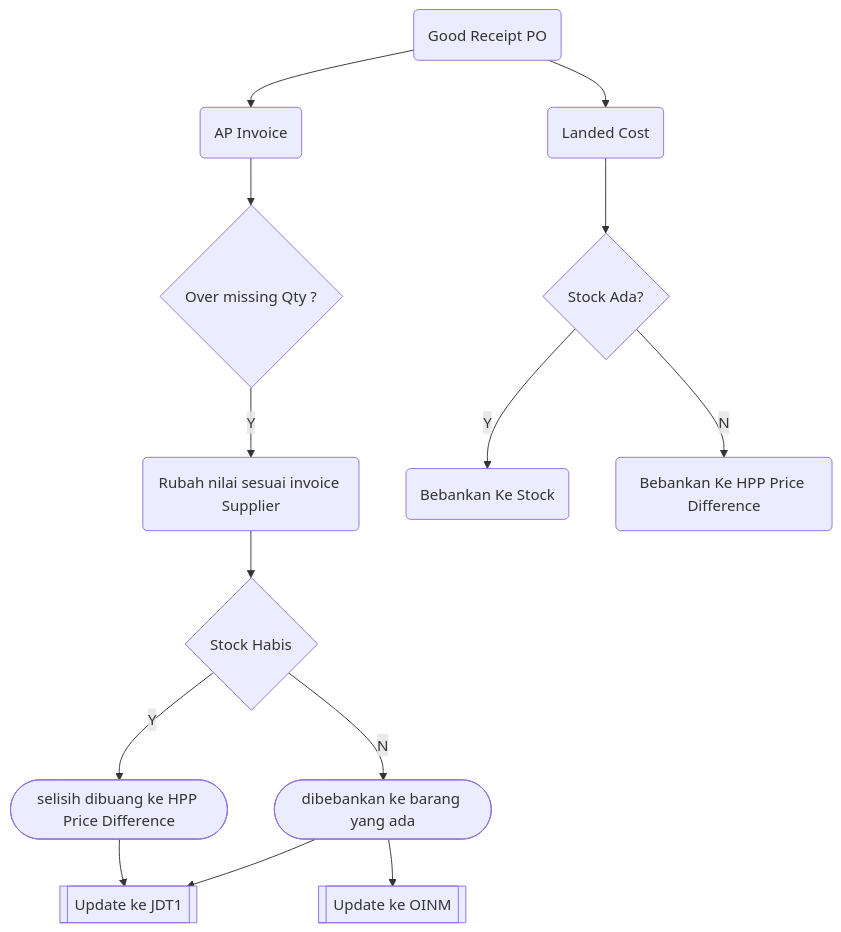
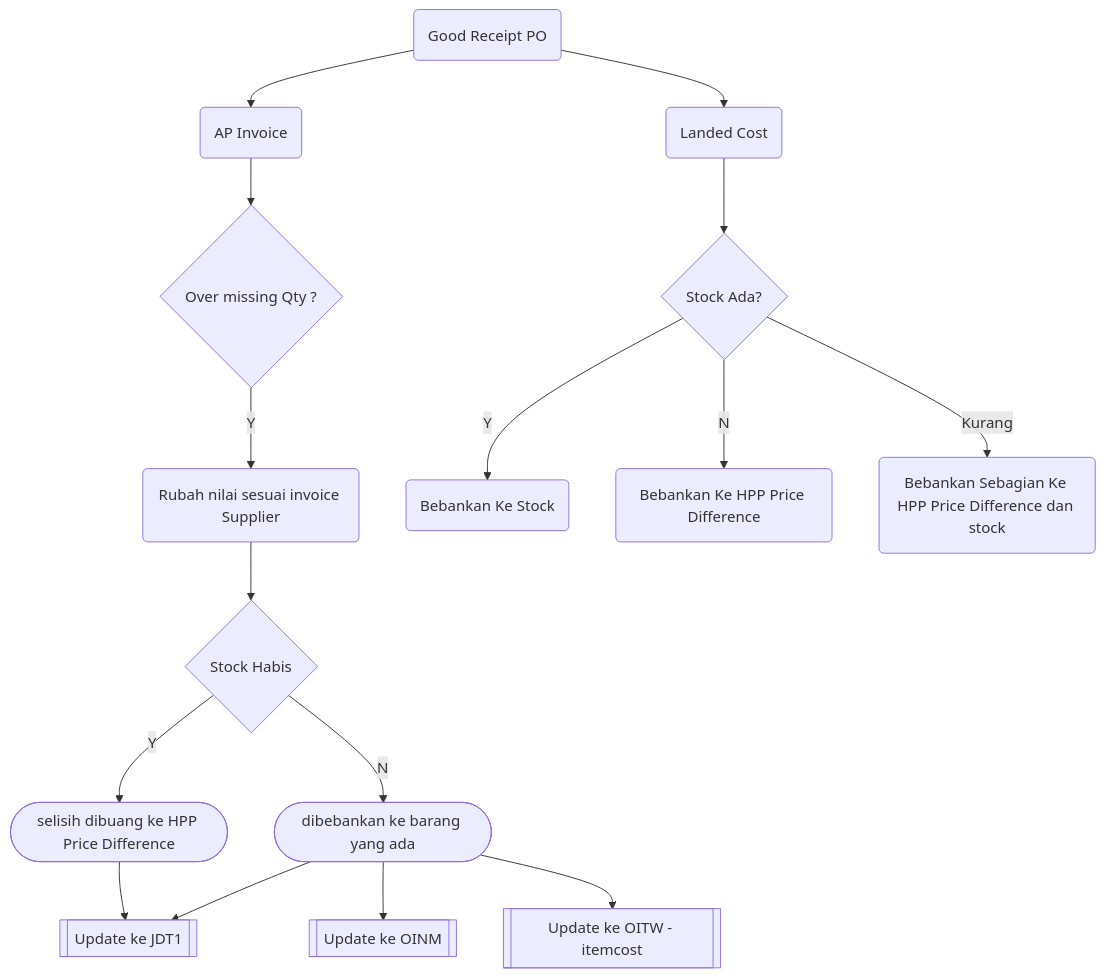
Before and after one commit to andyut/cnw_doc: the second of 2 diagrams in awr_PembelianChecklist.md, drawn with Mermaid. The commit also changed other lines of this file, not shown here.

````diff
--- a/awr_PembelianChecklist.md
+++ b/awr_PembelianChecklist.md
@@ -61,19 +61,21 @@
 ```mermaid
 graph TD
 A(Good Receipt PO) --> A1(AP Invoice)
 A --> A2(Landed Cost) 
 A2 -->A3{Stock Ada?}
 A3 -->|Y| A4(Bebankan Ke Stock)
 A3 -->|N| A5(Bebankan Ke HPP Price Difference)
+A3 -->|Kurang| A6(Bebankan Sebagian Ke HPP Price Difference dan stock)
  
 A1 --> B{Over missing Qty ?}
 B -->|Y| C(Rubah nilai sesuai invoice Supplier)
 C --> D{Stock Habis}
 D-->|Y| E([selisih dibuang ke HPP Price Difference])
 D-->|N| F([dibebankan ke barang yang ada])
 F--> H[[ Update ke JDT1 ]]
 E -->H[[ Update ke JDT1 ]] 
 F--> G[[ Update ke OINM ]]
+F--> I[[ Update ke OITW - itemcost ]]
 
 
 ```
````
